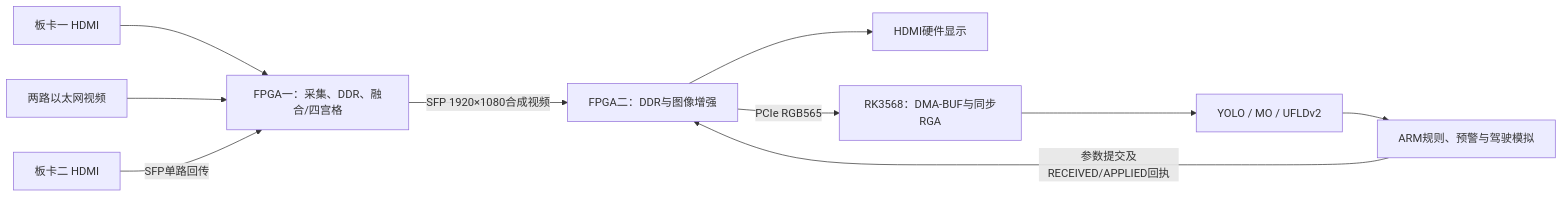
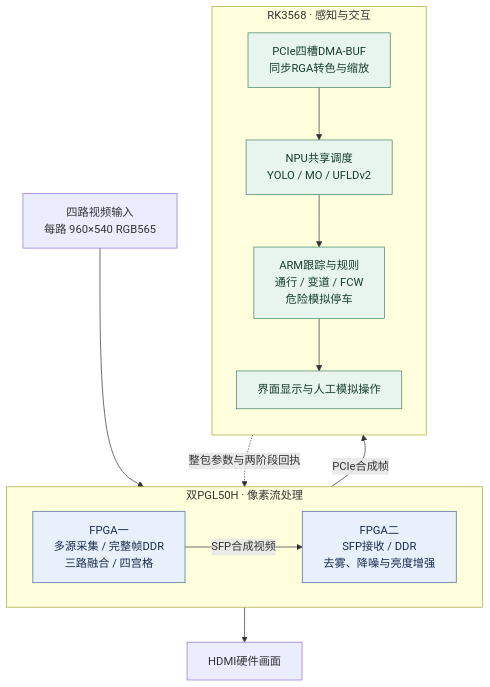
One commit to istiurosmadelgordont-cloud/RoadFusion-Edge changed the diagram in README.md. Above: the diagram before and after it, drawn with Mermaid. The commit also changed other lines of this file and 9 other files, not shown here.

First line of the commit message:
docs: clarify system architecture and processing diagrams

````diff
--- a/README.md
+++ b/README.md
@@ -15,12 +15,26 @@
 ```mermaid
-flowchart LR
-    H1[板卡一 HDMI] --> B1[FPGA一：采集、DDR、融合/四宫格]
-    E[两路以太网视频] --> B1
-    H2[板卡二 HDMI] -->|SFP单路回传| B1
-    B1 -->|SFP 1920×1080合成视频| B2[FPGA二：DDR与图像增强]
-    B2 --> HDMI[HDMI硬件显示]
-    B2 -->|PCIe RGB565| RGA[RK3568：DMA-BUF与同步RGA]
-    RGA --> NPU[YOLO / MO / UFLDv2]
-    NPU --> UI[ARM规则、预警与驾驶模拟]
-    UI -->|参数提交及RECEIVED/APPLIED回执| B2
+flowchart TB
+    IN["四路视频输入<br/>每路 960×540 RGB565"]
+    subgraph HW["双PGL50H · 像素流处理"]
+        direction LR
+        B1["FPGA一<br/>多源采集 / 完整帧DDR<br/>三路融合 / 四宫格"]
+        B2["FPGA二<br/>SFP接收 / DDR<br/>去雾、降噪与亮度增强"]
+        B1 -->|SFP合成视频| B2
+    end
+    IN --> B1
+    B2 --> MON["HDMI硬件画面"]
+    subgraph RK["RK3568 · 感知与交互"]
+        direction TB
+        RGA["PCIe四槽DMA-BUF<br/>同步RGA转色与缩放"]
+        NPU["NPU共享调度<br/>YOLO / MO / UFLDv2"]
+        RULE["ARM跟踪与规则<br/>通行 / 变道 / FCW<br/>危险模拟停车"]
+        UI["界面显示与人工模拟操作"]
+        RGA --> NPU --> RULE --> UI
+    end
+    B2 -->|PCIe合成帧| RGA
+    UI -.->|整包参数与两阶段回执| B2
+    classDef fpga fill:#e8f0fb,stroke:#426b99,color:#172b4d
+    classDef arm fill:#e8f5ee,stroke:#438369,color:#173e2b
+    class B1,B2 fpga
+    class RGA,NPU,RULE,UI arm
 ```
````
